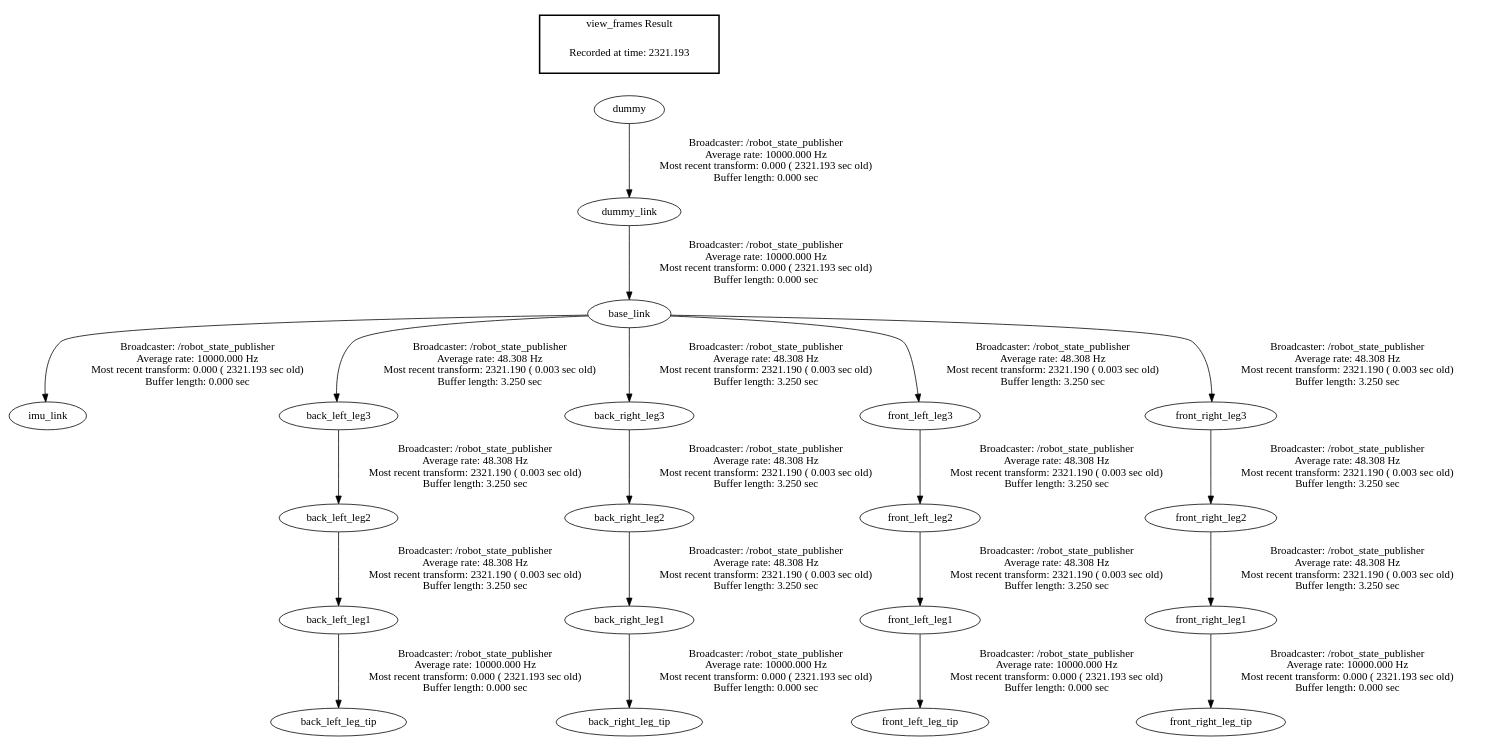
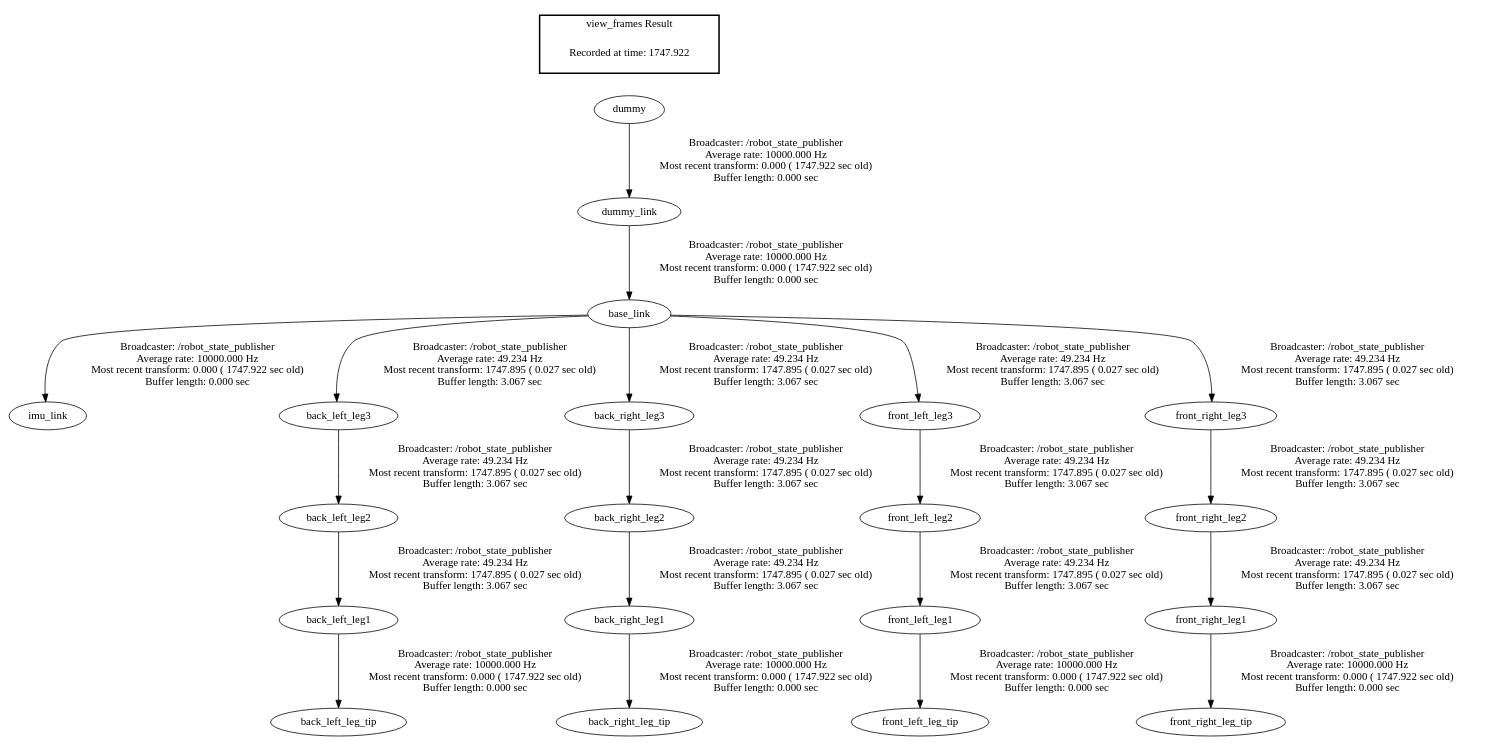
The diagram in src/frames.gv (shandilya1998/CPGController), drawn with Graphviz before and after one commit. The commit also changed 7 other files, not shown here.

```diff
--- a/src/frames.gv
+++ b/src/frames.gv
@@ -1,25 +1,25 @@
 digraph G {
-"back_left_leg1" -> "back_left_leg_tip"[label="Broadcaster: /robot_state_publisher\nAverage rate: 10000.000 Hz\nMost recent transform: 0.000 ( 2321.193 sec old)\nBuffer length: 0.000 sec\n"];
-"back_left_leg2" -> "back_left_leg1"[label="Broadcaster: /robot_state_publisher\nAverage rate: 48.308 Hz\nMost recent transform: 2321.190 ( 0.003 sec old)\nBuffer length: 3.250 sec\n"];
-"back_right_leg1" -> "back_right_leg_tip"[label="Broadcaster: /robot_state_publisher\nAverage rate: 10000.000 Hz\nMost recent transform: 0.000 ( 2321.193 sec old)\nBuffer length: 0.000 sec\n"];
-"back_right_leg2" -> "back_right_leg1"[label="Broadcaster: /robot_state_publisher\nAverage rate: 48.308 Hz\nMost recent transform: 2321.190 ( 0.003 sec old)\nBuffer length: 3.250 sec\n"];
-"base_link" -> "imu_link"[label="Broadcaster: /robot_state_publisher\nAverage rate: 10000.000 Hz\nMost recent transform: 0.000 ( 2321.193 sec old)\nBuffer length: 0.000 sec\n"];
-"dummy_link" -> "base_link"[label="Broadcaster: /robot_state_publisher\nAverage rate: 10000.000 Hz\nMost recent transform: 0.000 ( 2321.193 sec old)\nBuffer length: 0.000 sec\n"];
-"dummy" -> "dummy_link"[label="Broadcaster: /robot_state_publisher\nAverage rate: 10000.000 Hz\nMost recent transform: 0.000 ( 2321.193 sec old)\nBuffer length: 0.000 sec\n"];
-"front_left_leg1" -> "front_left_leg_tip"[label="Broadcaster: /robot_state_publisher\nAverage rate: 10000.000 Hz\nMost recent transform: 0.000 ( 2321.193 sec old)\nBuffer length: 0.000 sec\n"];
-"front_left_leg2" -> "front_left_leg1"[label="Broadcaster: /robot_state_publisher\nAverage rate: 48.308 Hz\nMost recent transform: 2321.190 ( 0.003 sec old)\nBuffer length: 3.250 sec\n"];
-"front_right_leg1" -> "front_right_leg_tip"[label="Broadcaster: /robot_state_publisher\nAverage rate: 10000.000 Hz\nMost recent transform: 0.000 ( 2321.193 sec old)\nBuffer length: 0.000 sec\n"];
-"front_right_leg2" -> "front_right_leg1"[label="Broadcaster: /robot_state_publisher\nAverage rate: 48.308 Hz\nMost recent transform: 2321.190 ( 0.003 sec old)\nBuffer length: 3.250 sec\n"];
-"back_left_leg3" -> "back_left_leg2"[label="Broadcaster: /robot_state_publisher\nAverage rate: 48.308 Hz\nMost recent transform: 2321.190 ( 0.003 sec old)\nBuffer length: 3.250 sec\n"];
-"base_link" -> "back_left_leg3"[label="Broadcaster: /robot_state_publisher\nAverage rate: 48.308 Hz\nMost recent transform: 2321.190 ( 0.003 sec old)\nBuffer length: 3.250 sec\n"];
-"back_right_leg3" -> "back_right_leg2"[label="Broadcaster: /robot_state_publisher\nAverage rate: 48.308 Hz\nMost recent transform: 2321.190 ( 0.003 sec old)\nBuffer length: 3.250 sec\n"];
-"base_link" -> "back_right_leg3"[label="Broadcaster: /robot_state_publisher\nAverage rate: 48.308 Hz\nMost recent transform: 2321.190 ( 0.003 sec old)\nBuffer length: 3.250 sec\n"];
-"front_left_leg3" -> "front_left_leg2"[label="Broadcaster: /robot_state_publisher\nAverage rate: 48.308 Hz\nMost recent transform: 2321.190 ( 0.003 sec old)\nBuffer length: 3.250 sec\n"];
-"base_link" -> "front_left_leg3"[label="Broadcaster: /robot_state_publisher\nAverage rate: 48.308 Hz\nMost recent transform: 2321.190 ( 0.003 sec old)\nBuffer length: 3.250 sec\n"];
-"front_right_leg3" -> "front_right_leg2"[label="Broadcaster: /robot_state_publisher\nAverage rate: 48.308 Hz\nMost recent transform: 2321.190 ( 0.003 sec old)\nBuffer length: 3.250 sec\n"];
-"base_link" -> "front_right_leg3"[label="Broadcaster: /robot_state_publisher\nAverage rate: 48.308 Hz\nMost recent transform: 2321.190 ( 0.003 sec old)\nBuffer length: 3.250 sec\n"];
+"back_left_leg1" -> "back_left_leg_tip"[label="Broadcaster: /robot_state_publisher\nAverage rate: 10000.000 Hz\nMost recent transform: 0.000 ( 1747.922 sec old)\nBuffer length: 0.000 sec\n"];
+"back_left_leg2" -> "back_left_leg1"[label="Broadcaster: /robot_state_publisher\nAverage rate: 49.234 Hz\nMost recent transform: 1747.895 ( 0.027 sec old)\nBuffer length: 3.067 sec\n"];
+"back_right_leg1" -> "back_right_leg_tip"[label="Broadcaster: /robot_state_publisher\nAverage rate: 10000.000 Hz\nMost recent transform: 0.000 ( 1747.922 sec old)\nBuffer length: 0.000 sec\n"];
+"back_right_leg2" -> "back_right_leg1"[label="Broadcaster: /robot_state_publisher\nAverage rate: 49.234 Hz\nMost recent transform: 1747.895 ( 0.027 sec old)\nBuffer length: 3.067 sec\n"];
+"base_link" -> "imu_link"[label="Broadcaster: /robot_state_publisher\nAverage rate: 10000.000 Hz\nMost recent transform: 0.000 ( 1747.922 sec old)\nBuffer length: 0.000 sec\n"];
+"dummy_link" -> "base_link"[label="Broadcaster: /robot_state_publisher\nAverage rate: 10000.000 Hz\nMost recent transform: 0.000 ( 1747.922 sec old)\nBuffer length: 0.000 sec\n"];
+"dummy" -> "dummy_link"[label="Broadcaster: /robot_state_publisher\nAverage rate: 10000.000 Hz\nMost recent transform: 0.000 ( 1747.922 sec old)\nBuffer length: 0.000 sec\n"];
+"front_left_leg1" -> "front_left_leg_tip"[label="Broadcaster: /robot_state_publisher\nAverage rate: 10000.000 Hz\nMost recent transform: 0.000 ( 1747.922 sec old)\nBuffer length: 0.000 sec\n"];
+"front_left_leg2" -> "front_left_leg1"[label="Broadcaster: /robot_state_publisher\nAverage rate: 49.234 Hz\nMost recent transform: 1747.895 ( 0.027 sec old)\nBuffer length: 3.067 sec\n"];
+"front_right_leg1" -> "front_right_leg_tip"[label="Broadcaster: /robot_state_publisher\nAverage rate: 10000.000 Hz\nMost recent transform: 0.000 ( 1747.922 sec old)\nBuffer length: 0.000 sec\n"];
+"front_right_leg2" -> "front_right_leg1"[label="Broadcaster: /robot_state_publisher\nAverage rate: 49.234 Hz\nMost recent transform: 1747.895 ( 0.027 sec old)\nBuffer length: 3.067 sec\n"];
+"back_left_leg3" -> "back_left_leg2"[label="Broadcaster: /robot_state_publisher\nAverage rate: 49.234 Hz\nMost recent transform: 1747.895 ( 0.027 sec old)\nBuffer length: 3.067 sec\n"];
+"base_link" -> "back_left_leg3"[label="Broadcaster: /robot_state_publisher\nAverage rate: 49.234 Hz\nMost recent transform: 1747.895 ( 0.027 sec old)\nBuffer length: 3.067 sec\n"];
+"back_right_leg3" -> "back_right_leg2"[label="Broadcaster: /robot_state_publisher\nAverage rate: 49.234 Hz\nMost recent transform: 1747.895 ( 0.027 sec old)\nBuffer length: 3.067 sec\n"];
+"base_link" -> "back_right_leg3"[label="Broadcaster: /robot_state_publisher\nAverage rate: 49.234 Hz\nMost recent transform: 1747.895 ( 0.027 sec old)\nBuffer length: 3.067 sec\n"];
+"front_left_leg3" -> "front_left_leg2"[label="Broadcaster: /robot_state_publisher\nAverage rate: 49.234 Hz\nMost recent transform: 1747.895 ( 0.027 sec old)\nBuffer length: 3.067 sec\n"];
+"base_link" -> "front_left_leg3"[label="Broadcaster: /robot_state_publisher\nAverage rate: 49.234 Hz\nMost recent transform: 1747.895 ( 0.027 sec old)\nBuffer length: 3.067 sec\n"];
+"front_right_leg3" -> "front_right_leg2"[label="Broadcaster: /robot_state_publisher\nAverage rate: 49.234 Hz\nMost recent transform: 1747.895 ( 0.027 sec old)\nBuffer length: 3.067 sec\n"];
+"base_link" -> "front_right_leg3"[label="Broadcaster: /robot_state_publisher\nAverage rate: 49.234 Hz\nMost recent transform: 1747.895 ( 0.027 sec old)\nBuffer length: 3.067 sec\n"];
 edge [style=invis];
  subgraph cluster_legend { style=bold; color=black; label ="view_frames Result";
-"Recorded at time: 2321.193"[ shape=plaintext ] ;
+"Recorded at time: 1747.922"[ shape=plaintext ] ;
  }->"dummy";
 }
```
